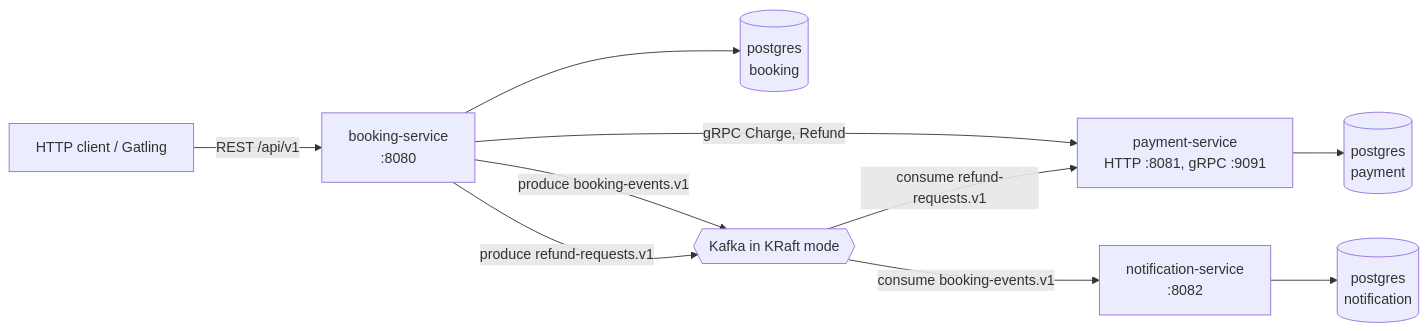
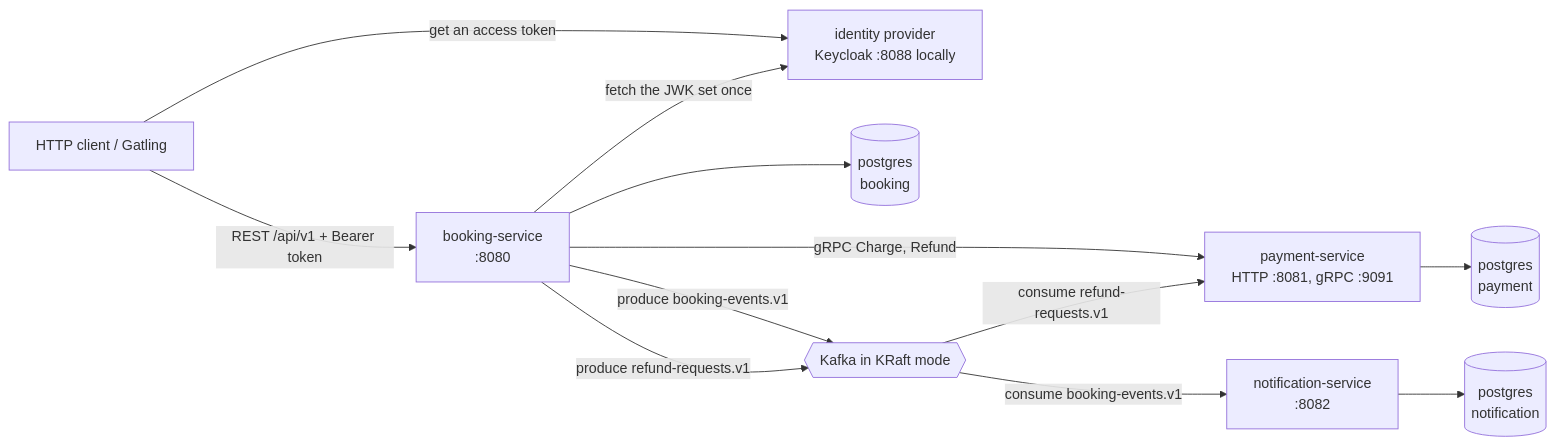
The first of 4 diagrams in docs/architecture.md (eagapov-dev/roomlock), drawn with Mermaid before and after one commit. The commit also changed other lines of this file and 5 other files, not shown here.

First line of the commit message:
docs: describe the authorization model and how to get a token

````diff
--- a/docs/architecture.md
+++ b/docs/architecture.md
@@ -37,21 +37,24 @@
 ```mermaid
 flowchart LR
   C["HTTP client / Gatling"]
+  I["identity provider<br/>Keycloak :8088 locally"]
   B["booking-service<br/>:8080"]
   P["payment-service<br/>HTTP :8081, gRPC :9091"]
   N["notification-service<br/>:8082"]
   BDB[("postgres<br/>booking")]
   PDB[("postgres<br/>payment")]
   NDB[("postgres<br/>notification")]
   K{{"Kafka in KRaft mode"}}
 
-  C -->|"REST /api/v1"| B
+  C -->|"get an access token"| I
+  C -->|"REST /api/v1 + Bearer token"| B
+  B -->|"fetch the JWK set once"| I
   B --> BDB
   P --> PDB
   N --> NDB
   B -->|"gRPC Charge, Refund"| P
   B -->|"produce booking-events.v1"| K
   B -->|"produce refund-requests.v1"| K
   K -->|"consume booking-events.v1"| N
   K -->|"consume refund-requests.v1"| P
 ```
````
